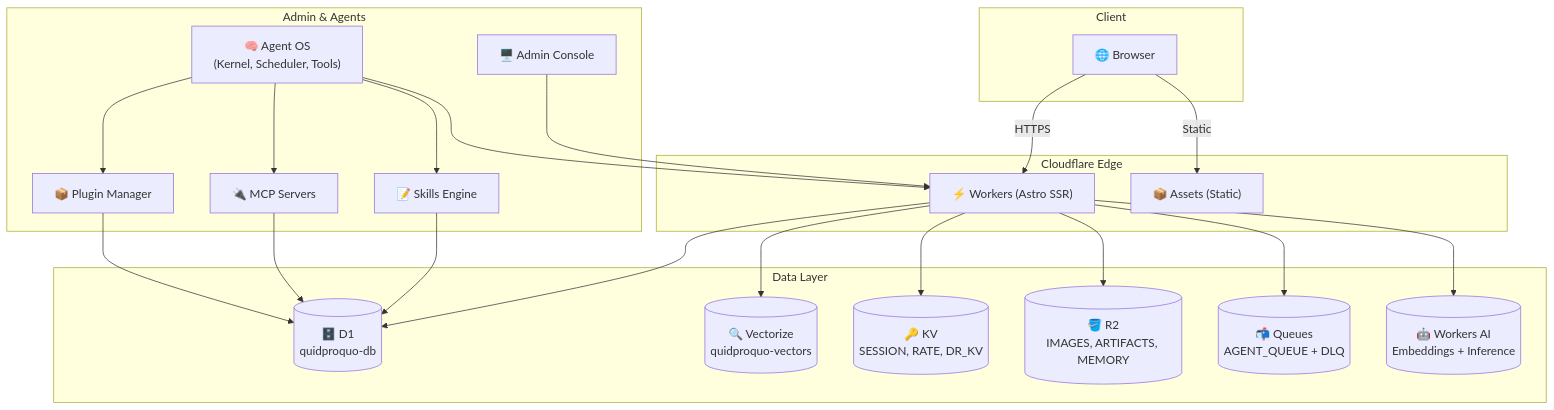
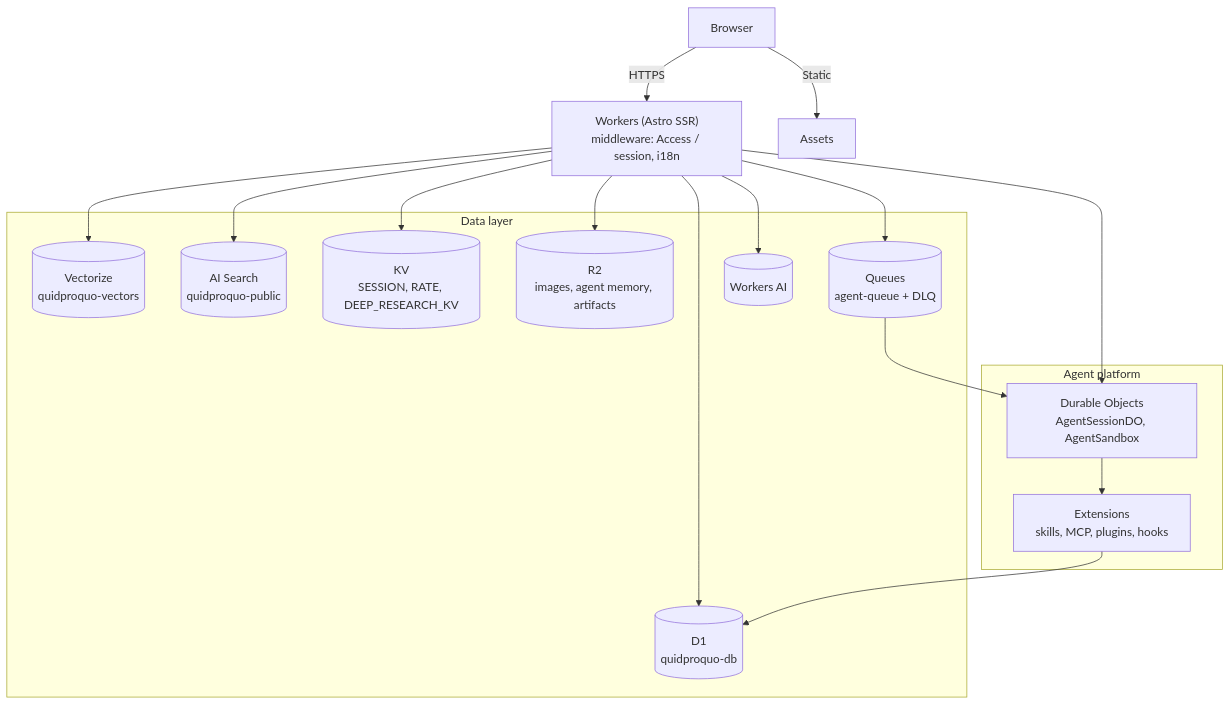
Before and after one commit to vincentxuu/quidproquo: the diagram in README.md, drawn with Mermaid. The commit also changed other lines of this file and 1 other file, not shown here.

Commit message:
docs: README 對齊現況（Astro 7、admin v2、Access 認證、混合搜尋、部署流程）

````diff
--- a/README.md
+++ b/README.md
@@ -65,45 +63,26 @@
 ```mermaid
 graph TB
-    subgraph Client["Client"]
-        Browser["🌐 Browser"]
+    Browser["Browser"] -->|HTTPS| Workers["Workers (Astro SSR)<br/>middleware: Access / session, i18n"]
+    Browser -->|Static| Assets["Assets"]
+
+    subgraph Data["Data layer"]
+        D1[("D1<br/>quidproquo-db")]
+        Vec[("Vectorize<br/>quidproquo-vectors")]
+        AIS[("AI Search<br/>quidproquo-public")]
+        KV[("KV<br/>SESSION, RATE, DEEP_RESEARCH_KV")]
+        R2[("R2<br/>images, agent memory, artifacts")]
+        Q[("Queues<br/>agent-queue + DLQ")]
+        AI[("Workers AI")]
     end
 
-    subgraph Edge["Cloudflare Edge"]
-        Workers["⚡ Workers (Astro SSR)"]
-        Assets["📦 Assets (Static)"]
+    subgraph Agents["Agent platform"]
+        DO["Durable Objects<br/>AgentSessionDO, AgentSandbox"]
+        Ext["Extensions<br/>skills, MCP, plugins, hooks"]
     end
 
-    subgraph Data["Data Layer"]
-        D1[("🗄️ D1\nquidproquo-db")]
-        Vec[("🔍 Vectorize\nquidproquo-vectors")]
-        KV[("🔑 KV\nSESSION, RATE, DR_KV")]
-        R2[("🪣 R2\nIMAGES, ARTIFACTS, MEMORY")]
-        Queue[("📬 Queues\nAGENT_QUEUE + DLQ")]
-        AI[("🤖 Workers AI\nEmbeddings + Inference")]
-    end
-
-    subgraph Admin["Admin & Agents"]
-        AdminUI["🖥️ Admin Console"]
-        AgentOS["🧠 Agent OS\n(Kernel, Scheduler, Tools)"]
-        Skills["📝 Skills Engine"]
-        MCP["🔌 MCP Servers"]
-        Plugins["📦 Plugin Manager"]
-    end
-
-    Browser -->|HTTPS| Workers
-    Browser -->|Static| Assets
-    Workers --> D1
-    Workers --> Vec
-    Workers --> KV
-    Workers --> R2
-    Workers --> Queue
-    Workers --> AI
-    AdminUI --> Workers
-    AgentOS --> Workers
-    AgentOS --> Skills
-    AgentOS --> MCP
-    AgentOS --> Plugins
-    Skills --> D1
-    MCP --> D1
-    Plugins --> D1
+    Workers --> D1 & Vec & AIS & KV & R2 & Q & AI
+    Workers --> DO
+    Q --> DO
+    DO --> Ext
+    Ext --> D1
 ```
````
